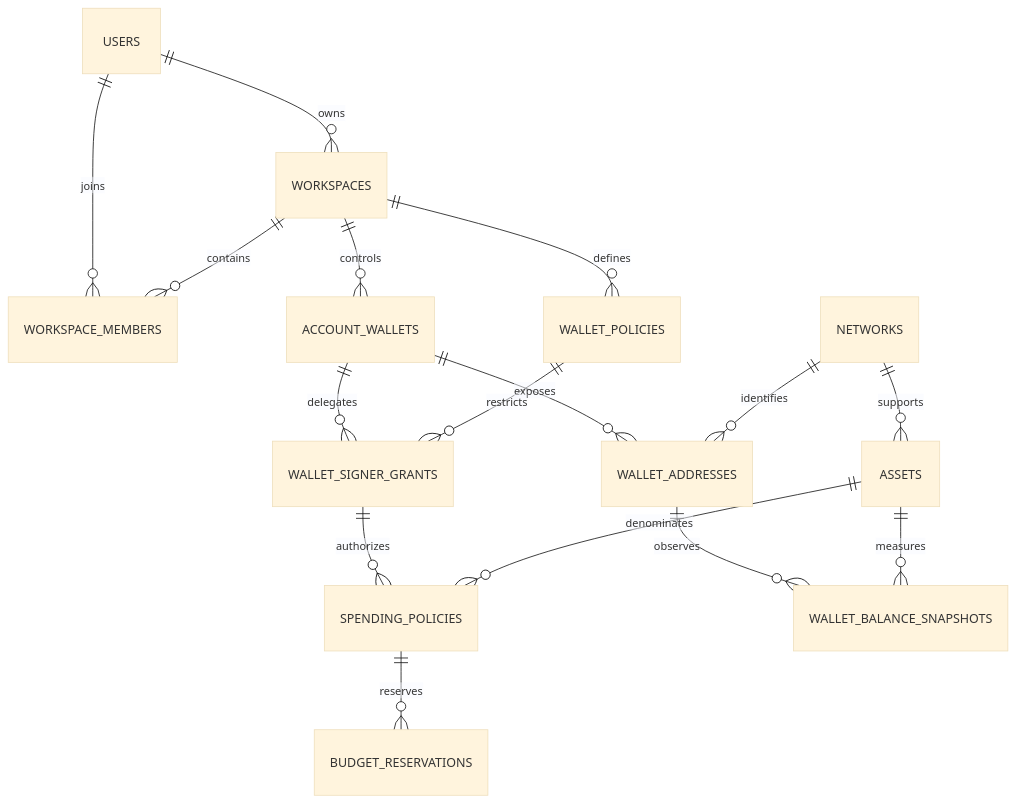
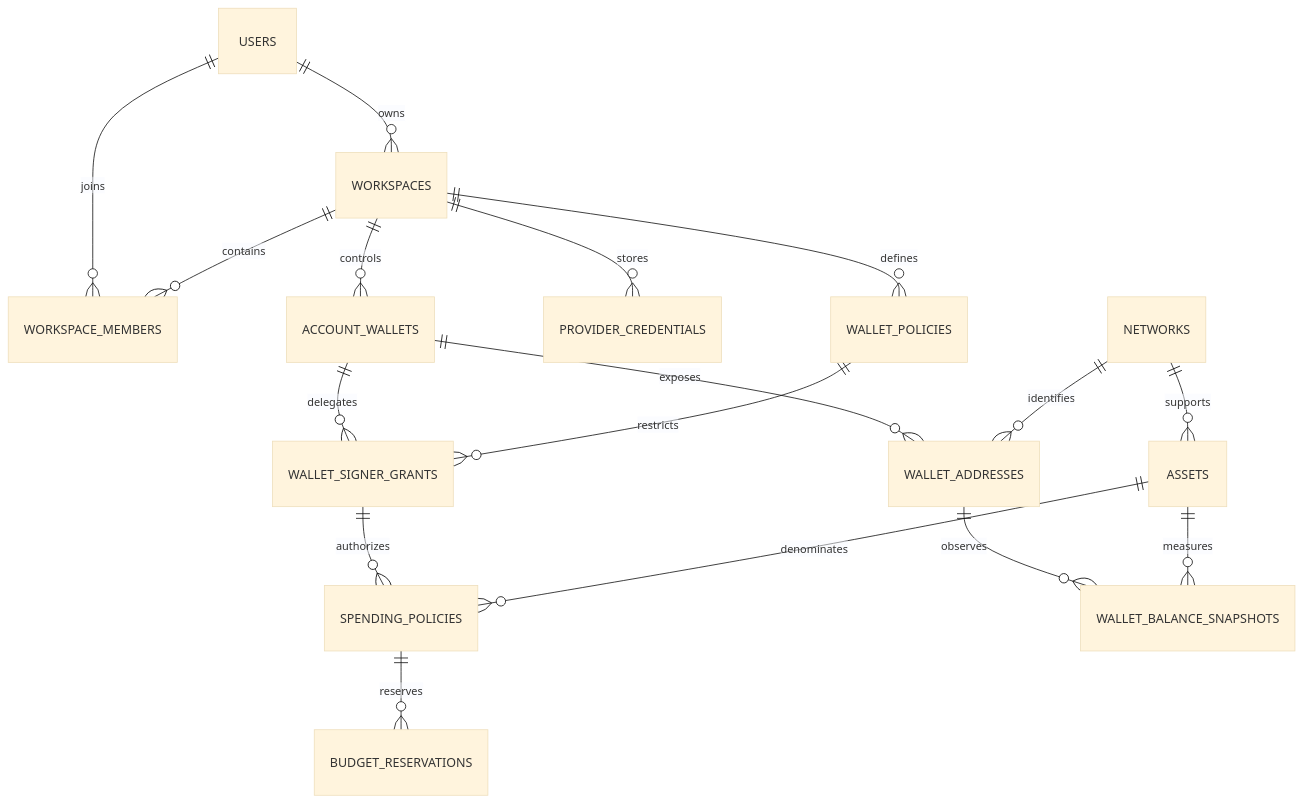
One commit to MrGood4U/sprue_hackathon changed the first of 3 diagrams in data-model.md. Above: the diagram before and after it, drawn with Mermaid (base theme). The commit also changed other lines of this file and 6 other files, not shown here.

Commit message:
docs: add customer Graph API key mode

````diff
--- a/data-model.md
+++ b/data-model.md
@@ -97,18 +98,19 @@
 ```mermaid
 erDiagram
     USERS ||--o{ WORKSPACES : owns
     USERS ||--o{ WORKSPACE_MEMBERS : joins
     WORKSPACES ||--o{ WORKSPACE_MEMBERS : contains
     WORKSPACES ||--o{ ACCOUNT_WALLETS : controls
+    WORKSPACES ||--o{ PROVIDER_CREDENTIALS : stores
     ACCOUNT_WALLETS ||--o{ WALLET_ADDRESSES : exposes
     WORKSPACES ||--o{ WALLET_POLICIES : defines
     ACCOUNT_WALLETS ||--o{ WALLET_SIGNER_GRANTS : delegates
     WALLET_POLICIES ||--o{ WALLET_SIGNER_GRANTS : restricts
     NETWORKS ||--o{ WALLET_ADDRESSES : identifies
     NETWORKS ||--o{ ASSETS : supports
     WALLET_SIGNER_GRANTS ||--o{ SPENDING_POLICIES : authorizes
     SPENDING_POLICIES ||--o{ BUDGET_RESERVATIONS : reserves
     WALLET_ADDRESSES ||--o{ WALLET_BALANCE_SNAPSHOTS : observes
     ASSETS ||--o{ SPENDING_POLICIES : denominates
     ASSETS ||--o{ WALLET_BALANCE_SNAPSHOTS : measures
 ```
````
